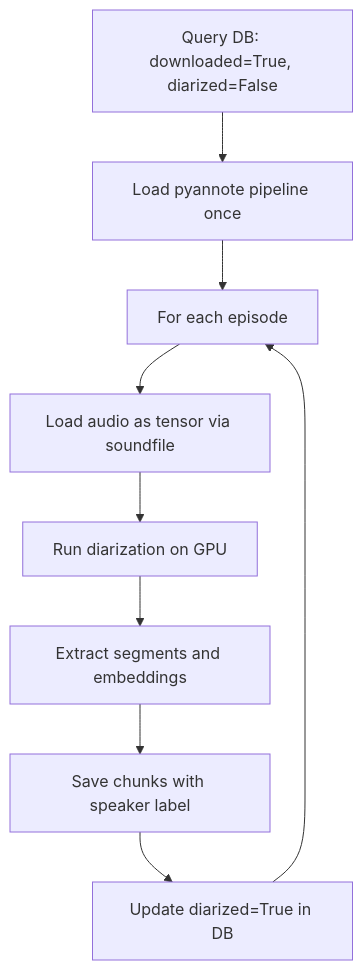
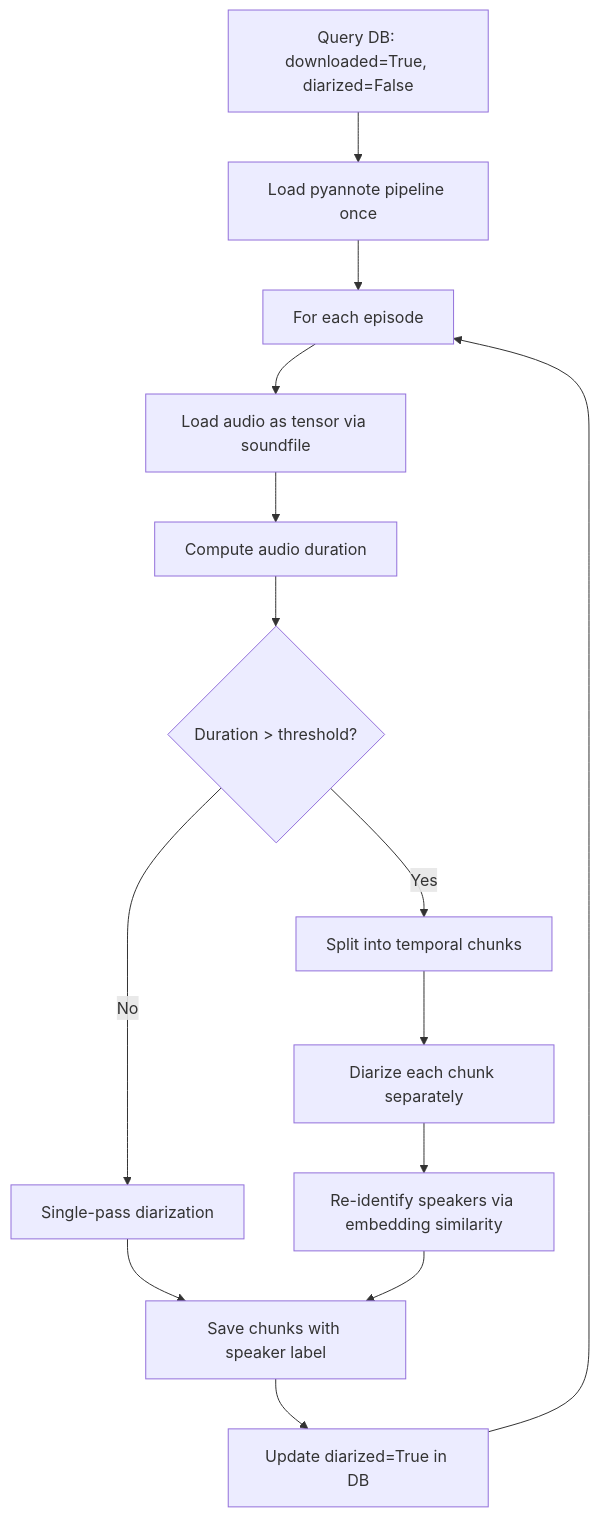
The second of 2 diagrams in docs/phase3/subpipeline-diarization.md (VTheStone/podcast-data-pipeline), drawn with Mermaid before and after one commit. The commit also changed other lines of this file, not shown here.

Commit message:
docs(phase3): document temporal chunking and speaker re-identification

````diff
--- a/docs/phase3/subpipeline-diarization.md
+++ b/docs/phase3/subpipeline-diarization.md
@@ -27,11 +39,16 @@
 ```mermaid
 flowchart TD
     A[Query DB: downloaded=True, diarized=False] --> B[Load pyannote pipeline once]
     B --> C[For each episode]
     C --> D[Load audio as tensor via soundfile]
-    D --> E[Run diarization on GPU]
-    E --> F[Extract segments and embeddings]
-    F --> G[Save chunks with speaker label]
-    G --> H[Update diarized=True in DB]
-    H --> C
+    D --> E[Compute audio duration]
+    E --> F{Duration > threshold?}
+    F -- No --> G[Single-pass diarization]
+    F -- Yes --> H[Split into temporal chunks]
+    H --> I[Diarize each chunk separately]
+    I --> J[Re-identify speakers via embedding similarity]
+    G --> K[Save chunks with speaker label]
+    J --> K
+    K --> L[Update diarized=True in DB]
+    L --> C
 ```
````
